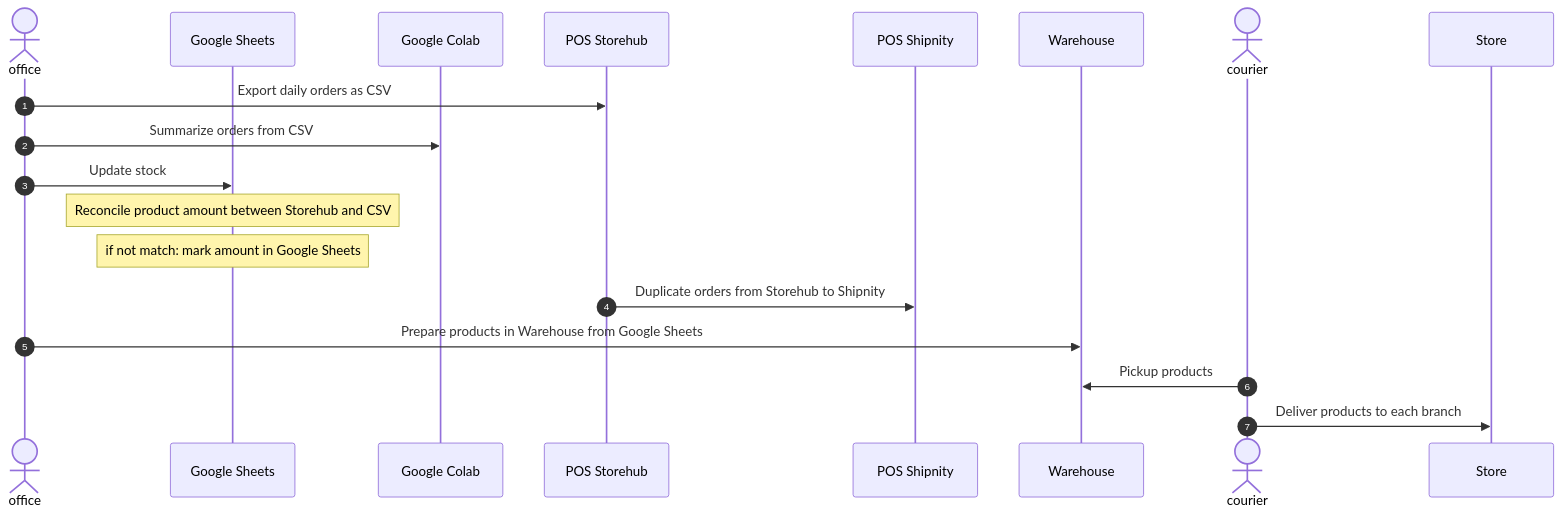
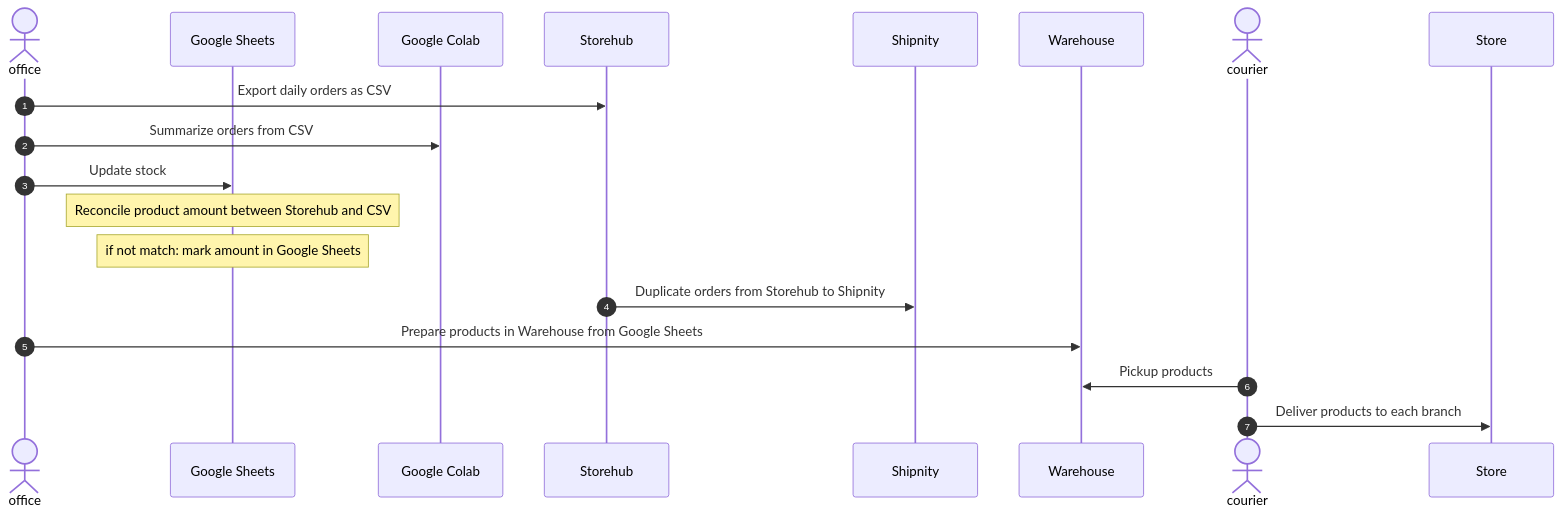
The second of 2 diagrams in offline-flow.md (turboza/urthe-documentation), drawn with Mermaid before and after one commit. The commit also changed other lines of this file and 3 other files, not shown here.

````diff
--- a/offline-flow.md
+++ b/offline-flow.md
@@ -32,23 +32,23 @@
 ```mermaid
 sequenceDiagram
     actor office
     participant Google Sheets
     participant Google Colab
-    participant POS Storehub
-    participant POS Shipnity
+    participant Storehub
+    participant Shipnity
     participant Warehouse
     actor courier
     participant Store
 
     autonumber
 
-    office->>POS Storehub: Export daily orders as CSV
+    office->>Storehub: Export daily orders as CSV
     office->>Google Colab: Summarize orders from CSV
     office->>Google Sheets: Update stock
     Note over Google Sheets: Reconcile product amount between Storehub and CSV
     Note over Google Sheets: if not match: mark amount in Google Sheets
-    POS Storehub->>POS Shipnity: Duplicate orders from Storehub to Shipnity
+    Storehub->>Shipnity: Duplicate orders from Storehub to Shipnity
     office->>Warehouse: Prepare products in Warehouse from Google Sheets
     courier->>Warehouse: Pickup products
     courier->>Store: Deliver products to each branch
 ```
````
